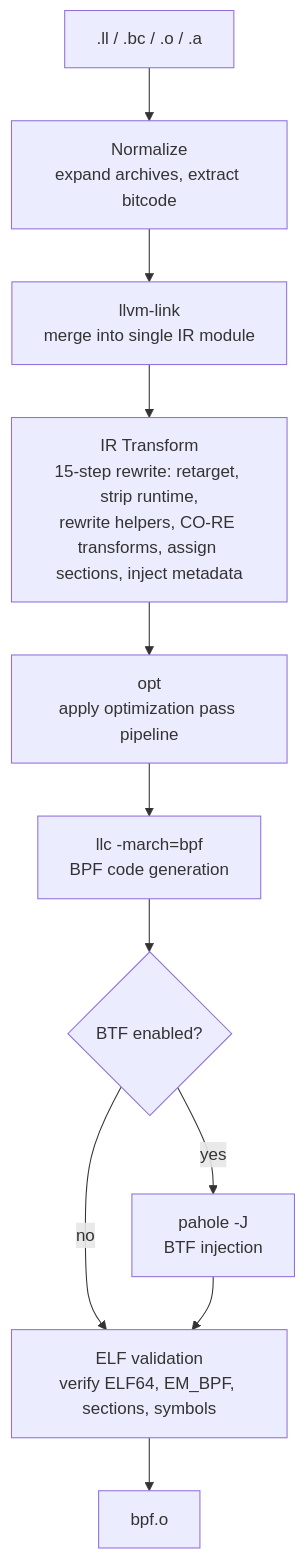
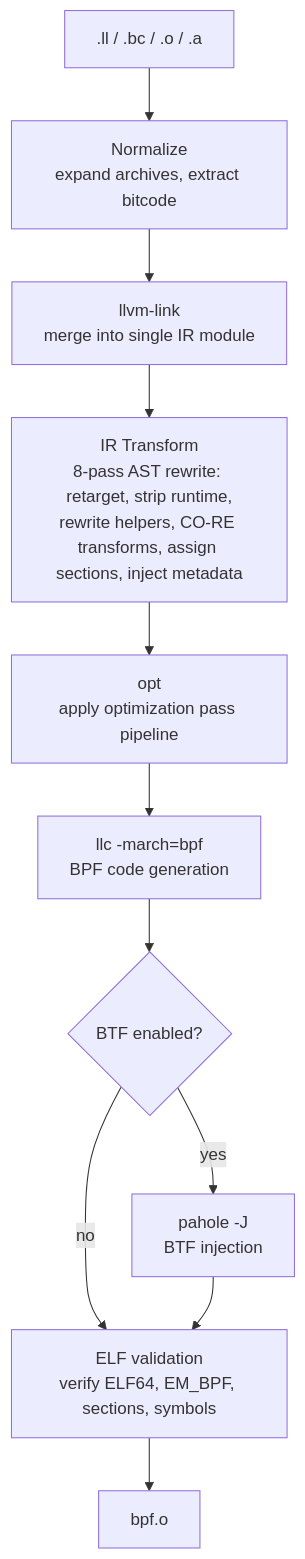
Before and after one commit to kyleseneker/tinybpf: the first of 2 diagrams in docs/ARCHITECTURE.md, drawn with Mermaid. The commit also changed other lines of this file and 3 other files, not shown here.

````diff
--- a/docs/ARCHITECTURE.md
+++ b/docs/ARCHITECTURE.md
@@ -7,13 +7,13 @@
 ```mermaid
 graph TD
     A[".ll / .bc / .o / .a"] --> B["Normalize<br>expand archives, extract bitcode"]
     B --> C["llvm-link<br>merge into single IR module"]
-    C --> D["IR Transform<br>15-step rewrite: retarget, strip runtime,<br>rewrite helpers, CO-RE transforms, assign sections, inject metadata"]
+    C --> D["IR Transform<br>8-pass AST rewrite: retarget, strip runtime,<br>rewrite helpers, CO-RE transforms, assign sections, inject metadata"]
     D --> E["opt<br>apply optimization pass pipeline"]
     E --> F["llc -march=bpf<br>BPF code generation"]
     F --> G{"BTF enabled?"}
     G -- yes --> H["pahole -J<br>BTF injection"]
     G -- no --> I["ELF validation<br>verify ELF64, EM_BPF, sections, symbols"]
     H --> I
     I --> J["bpf.o"]
 ```
````
